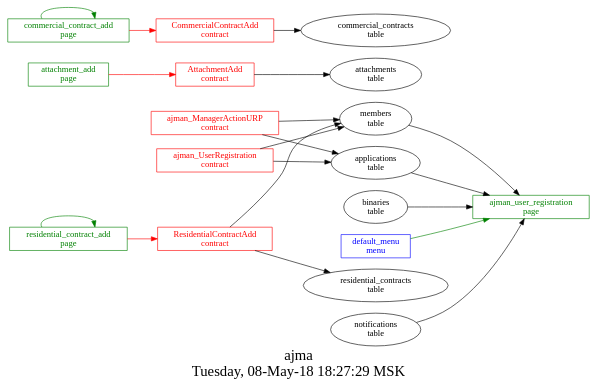
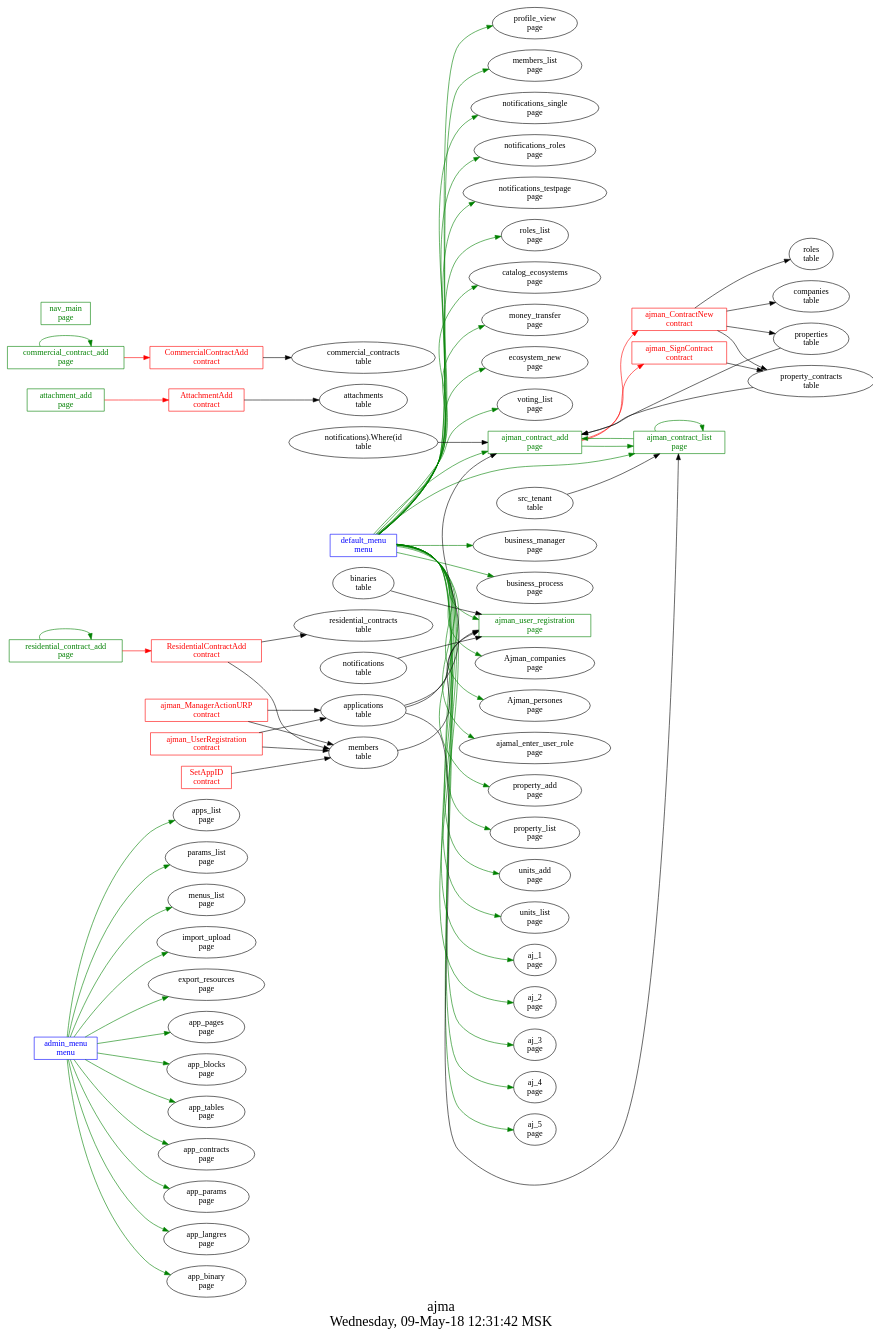
Before and after one commit to AplaProject/apps: the diagram in src/ajman/struct.dot, drawn with Graphviz. The commit also changed 21 other files, not shown here.

```diff
--- a/src/ajman/struct.dot
+++ b/src/ajman/struct.dot
@@ -1,41 +1,104 @@
 digraph G {
 graph [
   fontsize="24";
-  label="ajma\nTuesday, 08-May-18 18:27:29 MSK";
+  label="ajma\nWednesday, 09-May-18 12:31:42 MSK";
   nojustify=true;
   ordering=out;
   rankdir=LR;
   size="30";
 ];
+"admin_menu\nmenu" -> "apps_list\npage"  [ color=green ]
+"admin_menu\nmenu" -> "params_list\npage"  [ color=green ]
+"admin_menu\nmenu" -> "menus_list\npage"  [ color=green ]
+"admin_menu\nmenu" -> "import_upload\npage"  [ color=green ]
+"admin_menu\nmenu" -> "export_resources\npage"  [ color=green ]
+"admin_menu\nmenu" -> "app_pages\npage"  [ color=green ]
+"admin_menu\nmenu" -> "app_blocks\npage"  [ color=green ]
+"admin_menu\nmenu" -> "app_tables\npage"  [ color=green ]
+"admin_menu\nmenu" -> "app_contracts\npage"  [ color=green ]
+"admin_menu\nmenu" -> "app_params\npage"  [ color=green ]
+"admin_menu\nmenu" -> "app_langres\npage"  [ color=green ]
+"admin_menu\nmenu" -> "app_binary\npage"  [ color=green ]
+"admin_menu\nmenu" [color=blue, fontcolor=blue, group=menus, shape=record];
+"default_menu\nmenu" -> "profile_view\npage"  [ color=green ]
+"default_menu\nmenu" -> "members_list\npage"  [ color=green ]
+"default_menu\nmenu" -> "notifications_single\npage"  [ color=green ]
+"default_menu\nmenu" -> "notifications_roles\npage"  [ color=green ]
+"default_menu\nmenu" -> "notifications_testpage\npage"  [ color=green ]
+"default_menu\nmenu" -> "roles_list\npage"  [ color=green ]
+"default_menu\nmenu" -> "catalog_ecosystems\npage"  [ color=green ]
+"default_menu\nmenu" -> "money_transfer\npage"  [ color=green ]
+"default_menu\nmenu" -> "ecosystem_new\npage"  [ color=green ]
+"default_menu\nmenu" -> "voting_list\npage"  [ color=green ]
+"default_menu\nmenu" -> "ajman_contract_add\npage"  [ color=green ]
+"default_menu\nmenu" -> "ajman_contract_list\npage"  [ color=green ]
+"default_menu\nmenu" -> "business_manager\npage"  [ color=green ]
+"default_menu\nmenu" -> "business_process\npage"  [ color=green ]
 "default_menu\nmenu" -> "ajman_user_registration\npage"  [ color=green ]
+"default_menu\nmenu" -> "Ajman_companies\npage"  [ color=green ]
+"default_menu\nmenu" -> "Ajman_persones\npage"  [ color=green ]
+"default_menu\nmenu" -> "ajamal_enter_user_role\npage"  [ color=green ]
+"default_menu\nmenu" -> "property_add\npage"  [ color=green ]
+"default_menu\nmenu" -> "property_list\npage"  [ color=green ]
+"default_menu\nmenu" -> "units_add\npage"  [ color=green ]
+"default_menu\nmenu" -> "units_list\npage"  [ color=green ]
+"default_menu\nmenu" -> "aj_1\npage"  [ color=green ]
+"default_menu\nmenu" -> "aj_2\npage"  [ color=green ]
+"default_menu\nmenu" -> "aj_3\npage"  [ color=green ]
+"default_menu\nmenu" -> "aj_4\npage"  [ color=green ]
+"default_menu\nmenu" -> "aj_5\npage"  [ color=green ]
 "default_menu\nmenu" [color=blue, fontcolor=blue, group=menus, shape=record];
+"ajman_contract_add\npage" -> "ajman_ContractNew\ncontract"  [ color=red ]
+"ajman_contract_add\npage" -> "ajman_SignContract\ncontract"  [ color=red ]
+"notifications).Where(id\ntable" -> "ajman_contract_add\npage"  [ color="" ]
+"applications\ntable" -> "ajman_contract_add\npage"  [ color="" ]
+"property_contracts\ntable" -> "ajman_contract_add\npage"  [ color="" ]
+"properties\ntable" -> "ajman_contract_add\npage"  [ color="" ]
+"ajman_contract_add\npage" -> "ajman_contract_list\npage"  [ color=green ]
+"ajman_contract_add\npage" [color=green, fontcolor=green, group=pages, shape=record];
+"applications\ntable" -> "ajman_contract_list\npage"  [ color="" ]
+"src_tenant\ntable" -> "ajman_contract_list\npage"  [ color="" ]
+"ajman_contract_list\npage" -> "ajman_contract_list\npage"  [ color=green ]
+"ajman_contract_list\npage" -> "ajman_contract_add\npage"  [ color=green ]
+"ajman_contract_list\npage" [color=green, fontcolor=green, group=pages, shape=record];
 "applications\ntable" -> "ajman_user_registration\npage"  [ color="" ]
 "notifications\ntable" -> "ajman_user_registration\npage"  [ color="" ]
 "members\ntable" -> "ajman_user_registration\npage"  [ color="" ]
 "binaries\ntable" -> "ajman_user_registration\npage"  [ color="" ]
 "ajman_user_registration\npage" [color=green, fontcolor=green, group=pages, shape=record];
 "attachment_add\npage" -> "AttachmentAdd\ncontract"  [ color=red ]
 "attachment_add\npage" [color=green, fontcolor=green, group=pages, shape=record];
 "commercial_contract_add\npage" -> "CommercialContractAdd\ncontract"  [ color=red ]
 "commercial_contract_add\npage" -> "commercial_contract_add\npage"  [ color=green ]
 "commercial_contract_add\npage" [color=green, fontcolor=green, group=pages, shape=record];
+"nav_main\npage" [color=green, fontcolor=green, group=pages, shape=record];
 "residential_contract_add\npage" -> "ResidentialContractAdd\ncontract"  [ color=red ]
 "residential_contract_add\npage" -> "residential_contract_add\npage"  [ color=green ]
 "residential_contract_add\npage" [color=green, fontcolor=green, group=pages, shape=record];
 "AttachmentAdd\ncontract" -> "attachments\ntable"  [ color="" ]
 "AttachmentAdd\ncontract" [color=red, fontcolor=red, group=contracts, shape=record];
 "CommercialContractAdd\ncontract" -> "commercial_contracts\ntable"  [ color="" ]
 "CommercialContractAdd\ncontract" [color=red, fontcolor=red, group=contracts, shape=record];
 "ResidentialContractAdd\ncontract" -> "members\ntable"  [ color="" ]
 "ResidentialContractAdd\ncontract" -> "residential_contracts\ntable"  [ color="" ]
 "ResidentialContractAdd\ncontract" [color=red, fontcolor=red, group=contracts, shape=record];
+"SetAppID\ncontract" -> "members\ntable"  [ color="" ]
+"SetAppID\ncontract" [color=red, fontcolor=red, group=contracts, shape=record];
+"ajman_ContractNew\ncontract" -> "roles\ntable"  [ color="" ]
+"ajman_ContractNew\ncontract" -> "companies\ntable"  [ color="" ]
+"ajman_ContractNew\ncontract" -> "properties\ntable"  [ color="" ]
+"ajman_ContractNew\ncontract" -> "property_contracts\ntable"  [ color="" ]
+"ajman_ContractNew\ncontract" [color=red, fontcolor=red, group=contracts, shape=record];
 "ajman_ManagerActionURP\ncontract" -> "applications\ntable"  [ color="" ]
 "ajman_ManagerActionURP\ncontract" -> "members\ntable"  [ color="" ]
 "ajman_ManagerActionURP\ncontract" [color=red, fontcolor=red, group=contracts, shape=record];
+"ajman_SignContract\ncontract" -> "property_contracts\ntable"  [ color="" ]
+"ajman_SignContract\ncontract" [color=red, fontcolor=red, group=contracts, shape=record];
 "ajman_UserRegistration\ncontract" -> "members\ntable"  [ color="" ]
 "ajman_UserRegistration\ncontract" -> "applications\ntable"  [ color="" ]
 "ajman_UserRegistration\ncontract" [color=red, fontcolor=red, group=contracts, shape=record];
 "attachments\ntable" [color="", fontcolor="", group=tables, shape=""];
 "commercial_contracts\ntable" [color="", fontcolor="", group=tables, shape=""];
+"property_contracts\ntable" [color="", fontcolor="", group=tables, shape=""];
 "residential_contracts\ntable" [color="", fontcolor="", group=tables, shape=""];
 }
```
